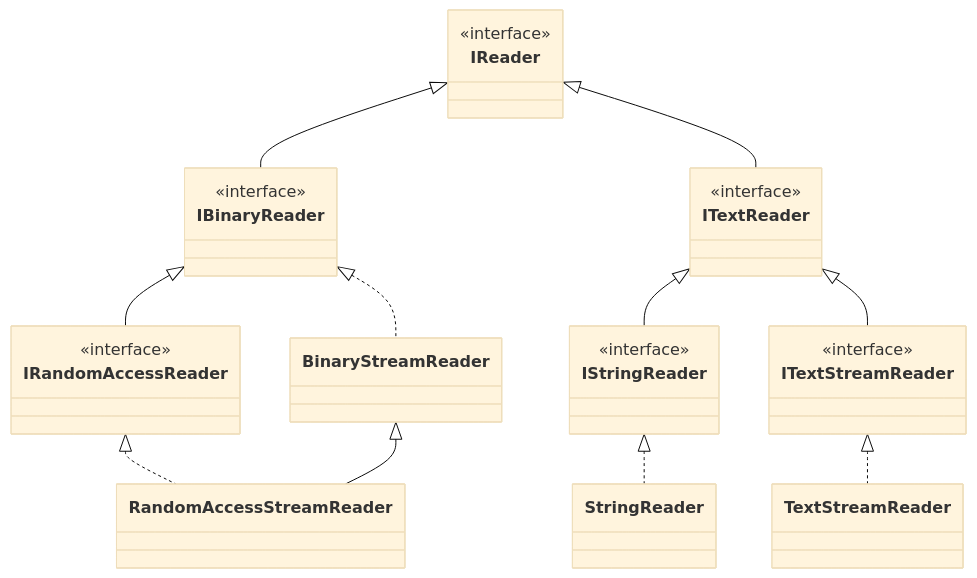
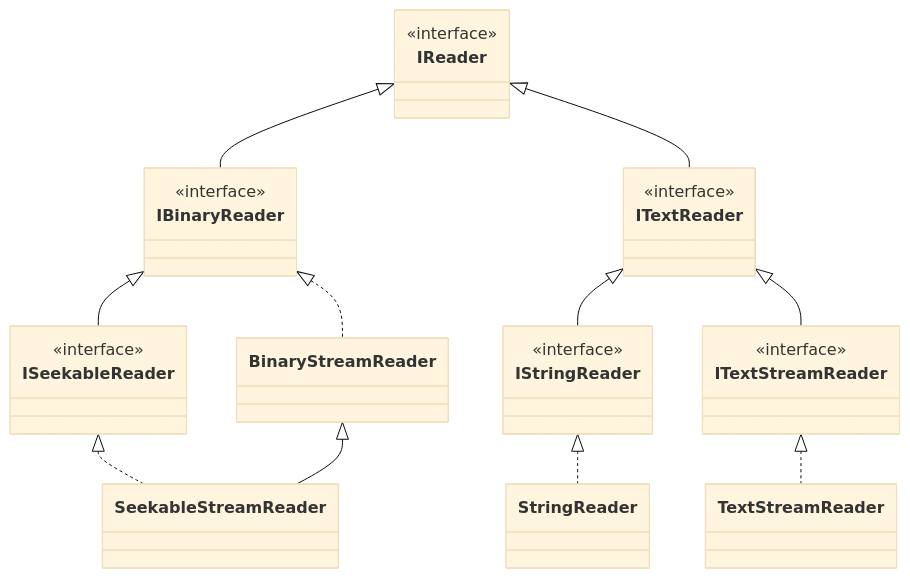
Before and after one commit to dzAdel/easyLib: the diagram in spec/easyLib.Core/Readers.md, drawn with Mermaid (base theme). The commit also changed other lines of this file and 11 other files, not shown here.

````diff
--- a/spec/easyLib.Core/Readers.md
+++ b/spec/easyLib.Core/Readers.md
@@ -1,23 +1,23 @@
 ```mermaid
 classDiagram 
 class IReader {<<interface>>}
 class IBinaryReader {<<interface>>}
-class IRandomAccessReader {<<interface>>}
+class ISeekableReader {<<interface>>}
 class BinaryStreamReader
-class RandomAccessStreamReader
+class SeekableStreamReader
 class ITextReader {<<interface>>}
 class ITextStreamReader {<<interface>>}
 class TextStreamReader
 class IStringReader {<<interface>>}
 class StringReader
 IBinaryReader <|.. BinaryStreamReader
-IRandomAccessReader <|.. RandomAccessStreamReader
+ISeekableReader <|.. SeekableStreamReader
 IReader <|--IBinaryReader
-IBinaryReader <|-- IRandomAccessReader
-BinaryStreamReader <|-- RandomAccessStreamReader
+IBinaryReader <|-- ISeekableReader
+BinaryStreamReader <|-- SeekableStreamReader
 IReader <|-- ITextReader
 ITextReader <|-- IStringReader
 ITextReader <|-- ITextStreamReader
 IStringReader <|.. StringReader
 ITextStreamReader <|.. TextStreamReader
 ```
````
